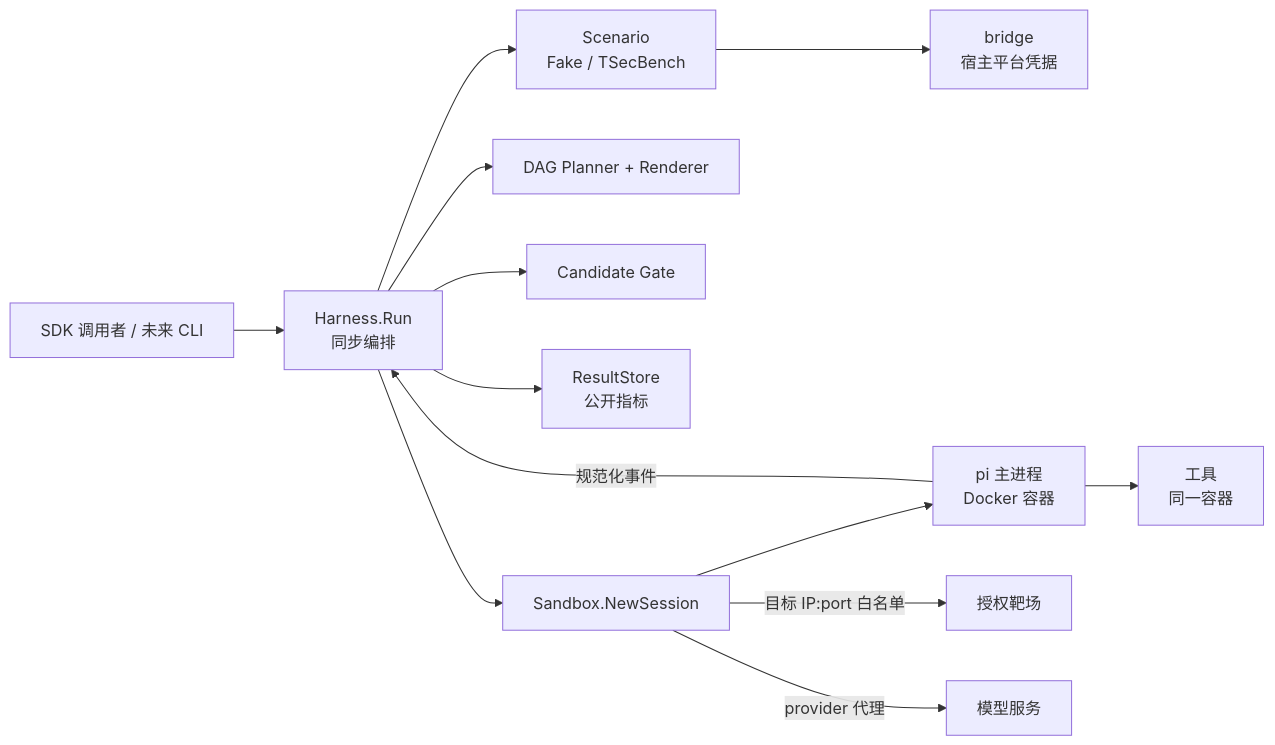
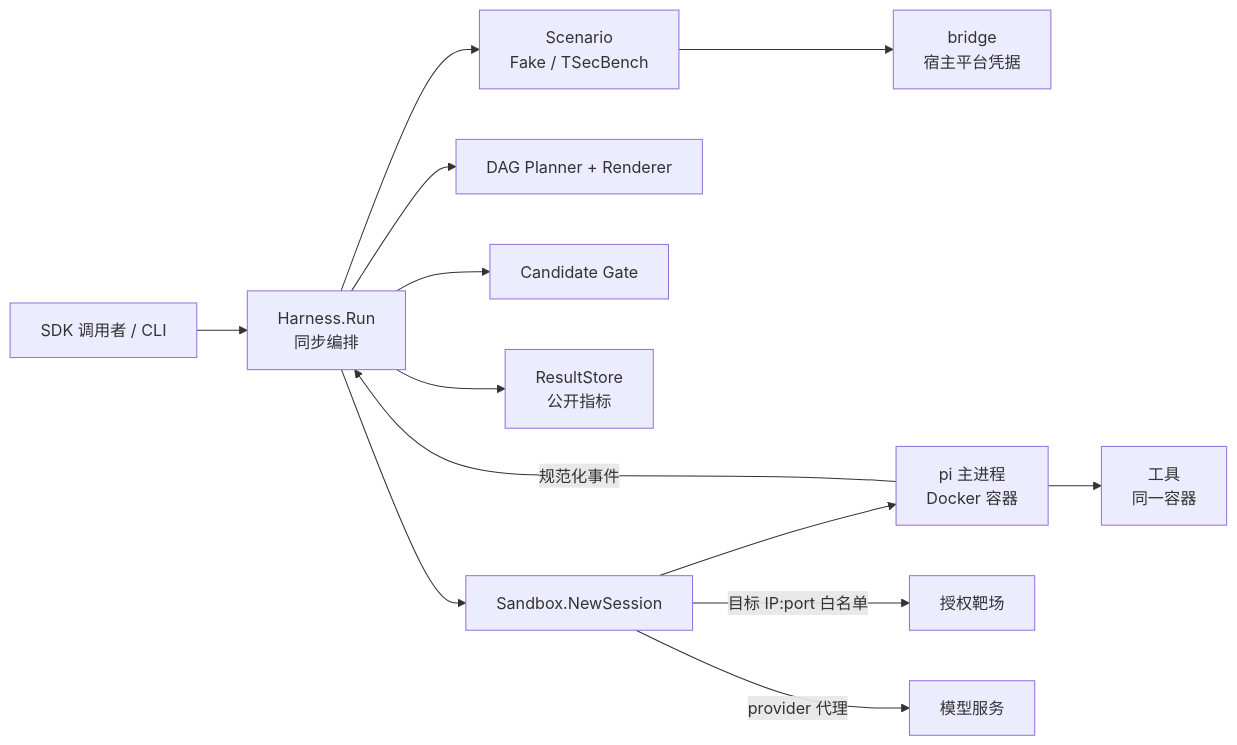
The first of 2 diagrams in docs/architecture.md (red-copilot/red-harness), drawn with Mermaid before and after one commit. The commit also changed other lines of this file and 3 other files, not shown here.

First line of the commit message:
docs: v0.4 目标架构规范与现状/路线图对齐 [M4]

```diff
--- a/docs/architecture.md
+++ b/docs/architecture.md
@@ -10,15 +10,15 @@
 ~~~mermaid
 flowchart LR
-    Caller["SDK 调用者 / 未来 CLI"] --> H["Harness.Run<br/>同步编排"]
+    Caller["SDK 调用者 / CLI"] --> H["Harness.Run<br/>同步编排"]
     H --> S["Scenario<br/>Fake / TSecBench"]
     S --> B["bridge<br/>宿主平台凭据"]
     H --> D["DAG Planner + Renderer"]
     H --> G["Candidate Gate"]
     H --> R["ResultStore<br/>公开指标"]
     H --> X["Sandbox.NewSession"]
     X --> P["pi 主进程<br/>Docker 容器"]
     P --> T["工具<br/>同一容器"]
     P -->|"规范化事件"| H
     X -->|"目标 IP:port 白名单"| Target["授权靶场"]
     X -->|"provider 代理"| Model["模型服务"]
 ~~~
```
